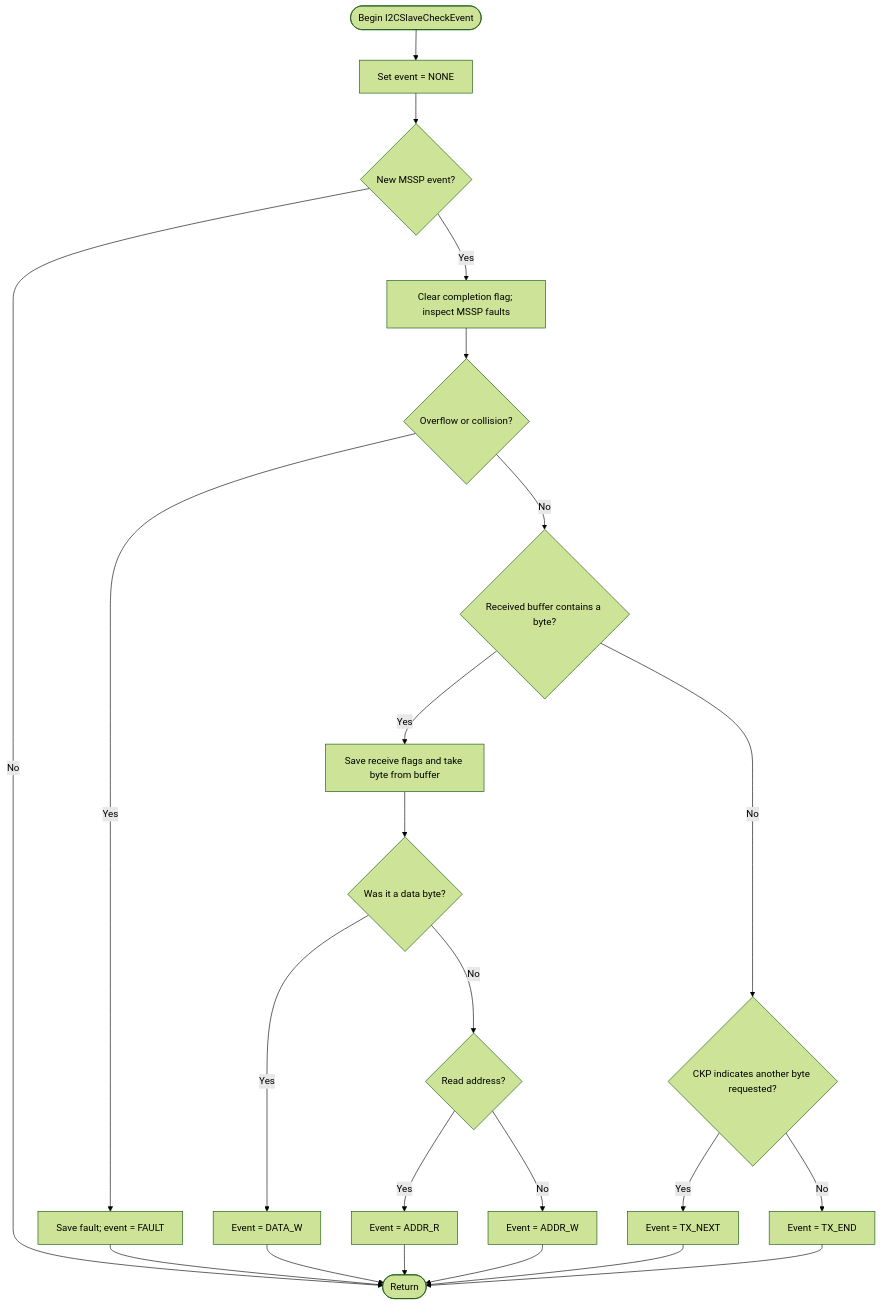
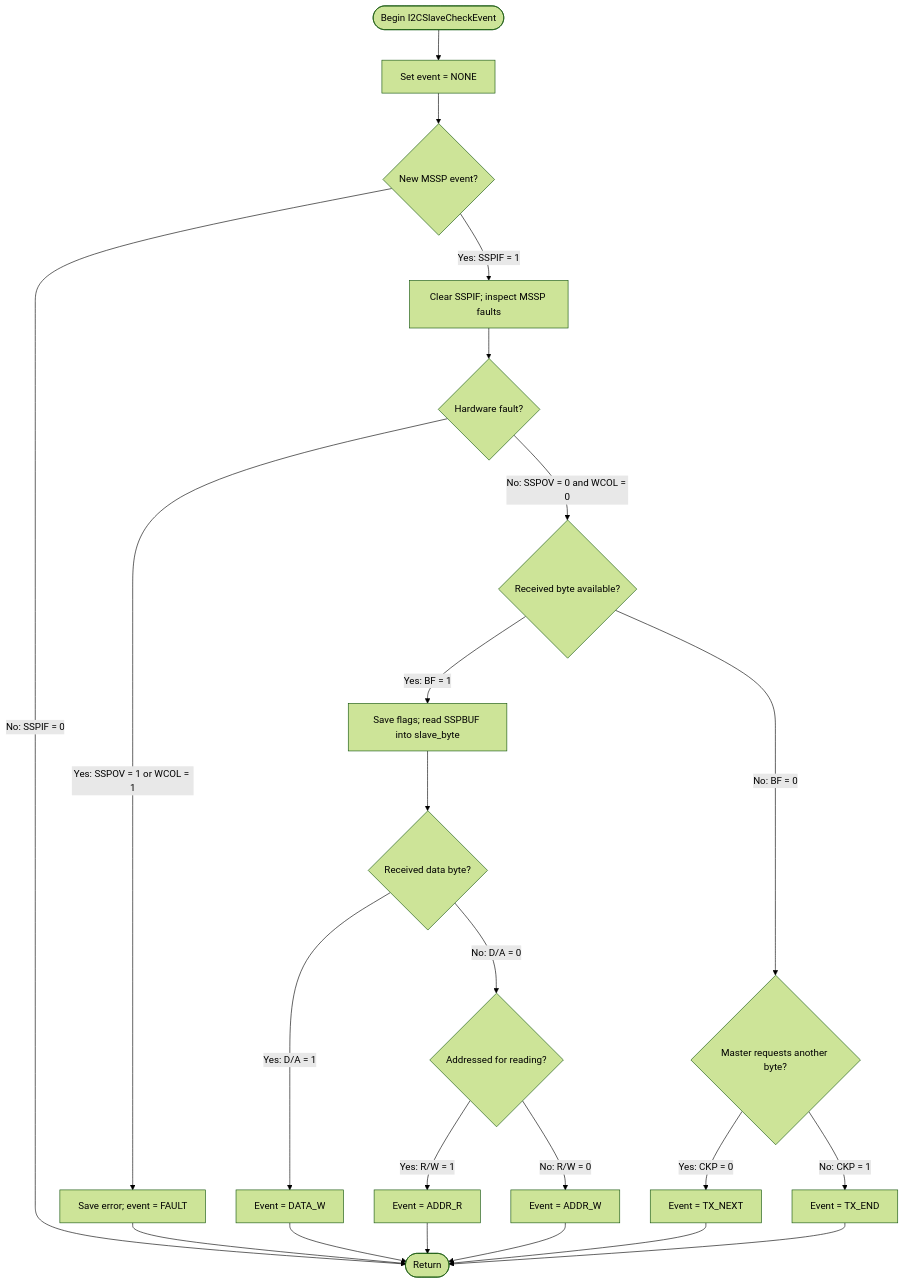
Before and after one commit to rosstimo/RCET3375: the third of 10 diagrams in LabAssignments/support/Lab10-I2C-Slave-Three-Level-Student-Guide.md, drawn with Mermaid (forest theme).

Commit message:
Clarify MSSP event flowchart branches with hardware bit conditions

````diff
--- a/LabAssignments/support/Lab10-I2C-Slave-Three-Level-Student-Guide.md
+++ b/LabAssignments/support/Lab10-I2C-Slave-Three-Level-Student-Guide.md
@@ -114,25 +114,32 @@
 ```mermaid
 flowchart TD
-    Begin([Begin I2CSlaveCheckEvent]) --> Reset["Set event = NONE"]
+    Begin(["Begin I2CSlaveCheckEvent"]) --> Reset["Set event = NONE"]
     Reset --> Pending{"New MSSP event?"}
-    Pending -->|No| Exit([Return])
-    Pending -->|Yes| Clear["Clear completion flag; inspect MSSP faults"]
-    Clear --> Fault{"Overflow or collision?"}
-    Fault -->|Yes| SaveFault["Save fault; event = FAULT"]
+
+    Pending -->|"No: SSPIF = 0"| Exit(["Return"])
+    Pending -->|"Yes: SSPIF = 1"| Clear["Clear SSPIF; inspect MSSP faults"]
+
+    Clear --> Fault{"Hardware fault?"}
+    Fault -->|"Yes: SSPOV = 1 or WCOL = 1"| SaveFault["Save error; event = FAULT"]
+    Fault -->|"No: SSPOV = 0 and WCOL = 0"| Buffer{"Received byte available?"}
+
+    Buffer -->|"Yes: BF = 1"| Read["Save flags; read SSPBUF into slave_byte"]
+    Buffer -->|"No: BF = 0"| Clock{"Master requests another byte?"}
+
+    Read --> Data{"Received data byte?"}
+    Data -->|"Yes: D/A = 1"| WriteData["Event = DATA_W"]
+    Data -->|"No: D/A = 0"| Direction{"Addressed for reading?"}
+
+    Direction -->|"Yes: R/W = 1"| ReadAddress["Event = ADDR_R"]
+    Direction -->|"No: R/W = 0"| WriteAddress["Event = ADDR_W"]
+
+    Clock -->|"Yes: CKP = 0"| Next["Event = TX_NEXT"]
+    Clock -->|"No: CKP = 1"| End["Event = TX_END"]
+
     SaveFault --> Exit
-    Fault -->|No| Buffer{"Received buffer contains a byte?"}
-    Buffer -->|Yes| Read["Save receive flags and take byte from buffer"]
-    Read --> Data{"Was it a data byte?"}
-    Data -->|Yes| WriteData["Event = DATA_W"]
-    Data -->|No| Direction{"Read address?"}
-    Direction -->|Yes| ReadAddress["Event = ADDR_R"]
-    Direction -->|No| WriteAddress["Event = ADDR_W"]
-    Buffer -->|No| Clock{"CKP indicates another byte requested?"}
-    Clock -->|Yes| Next["Event = TX_NEXT"]
-    Clock -->|No| End["Event = TX_END"]
     WriteData --> Exit
     ReadAddress --> Exit
     WriteAddress --> Exit
     Next --> Exit
     End --> Exit
 ```
````
